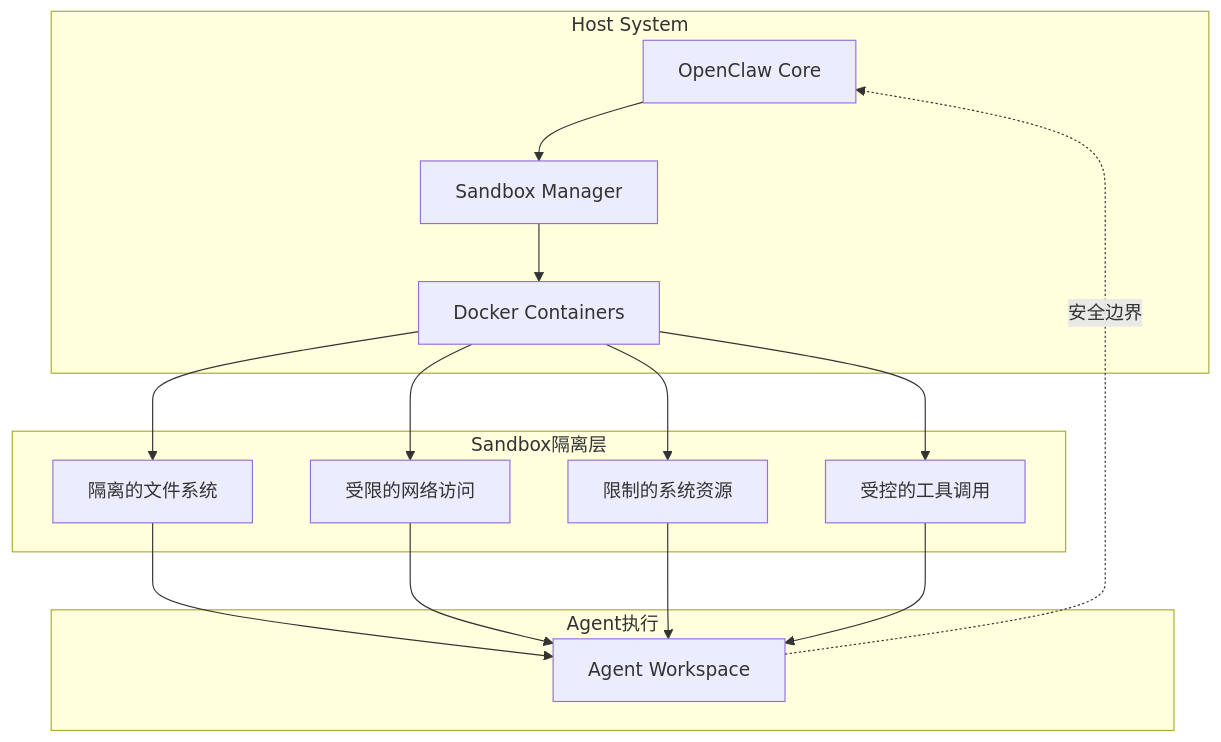
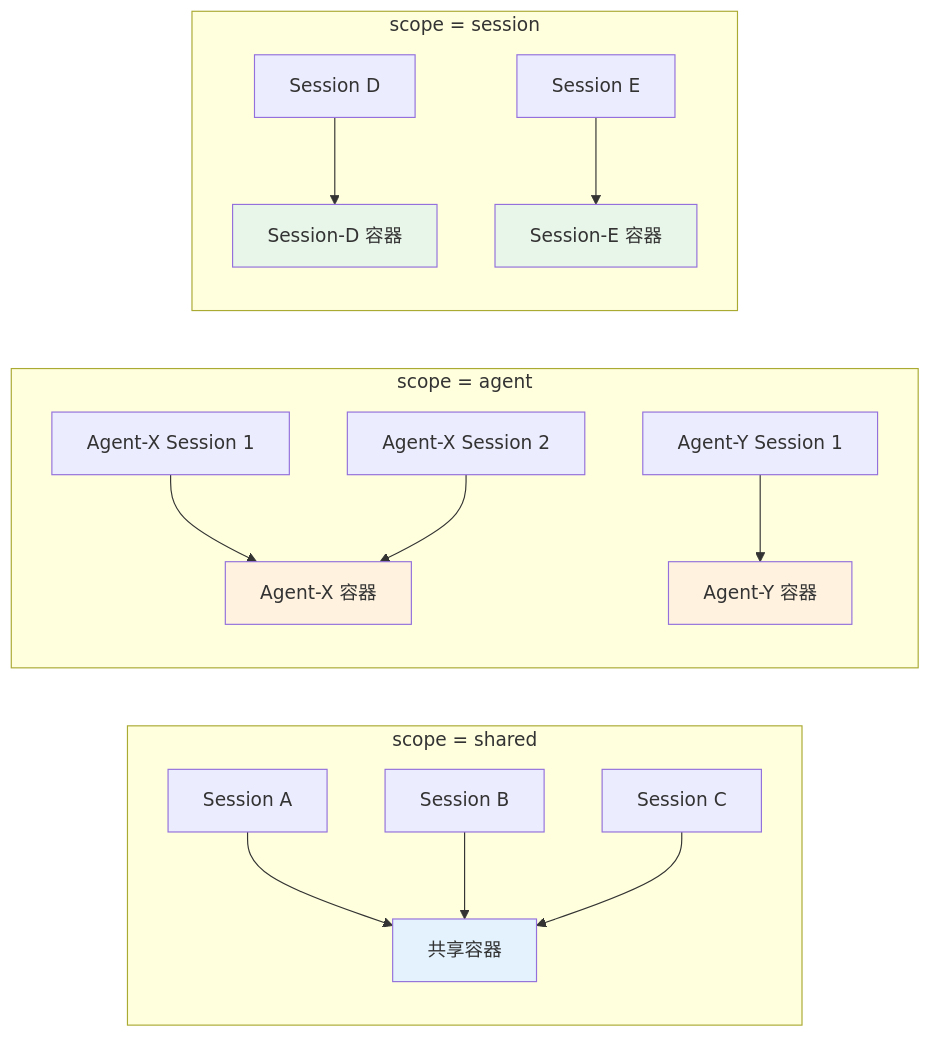
Before and after one commit to caicongyang/bloger: the second of 8 diagrams in openclaw/OPENCLAW-SANDBOX.md, drawn with Mermaid. The commit also changed other lines of this file and 13 other files, not shown here.

````diff
--- a/openclaw/OPENCLAW-SANDBOX.md
+++ b/openclaw/OPENCLAW-SANDBOX.md
@@ -47,23 +130,25 @@
 ```mermaid
-graph TB
-    subgraph "Host System"
-        A[OpenClaw Core] --> B[Sandbox Manager]
-        B --> C[Docker Containers]
+graph LR
+    subgraph "scope = shared"
+        S1[Session A] --> C1[共享容器]
+        S2[Session B] --> C1
+        S3[Session C] --> C1
     end
-    
-    subgraph "Sandbox隔离层"
-        C --> D[隔离的文件系统]
-        C --> E[受限的网络访问]
-        C --> F[限制的系统资源]
-        C --> G[受控的工具调用]
+
+    subgraph "scope = agent"
+        S4[Agent-X Session 1] --> C2[Agent-X 容器]
+        S5[Agent-X Session 2] --> C2
+        S6[Agent-Y Session 1] --> C3[Agent-Y 容器]
     end
-    
-    subgraph "Agent执行"
-        D --> H[Agent Workspace]
-        E --> H
-        F --> H
-        G --> H
+
+    subgraph "scope = session"
+        S7[Session D] --> C4[Session-D 容器]
+        S8[Session E] --> C5[Session-E 容器]
     end
-    
-    H -.->|安全边界| A
+
+    style C1 fill:#e3f2fd
+    style C2 fill:#fff3e0
+    style C3 fill:#fff3e0
+    style C4 fill:#e8f5e9
+    style C5 fill:#e8f5e9
 ```
````
